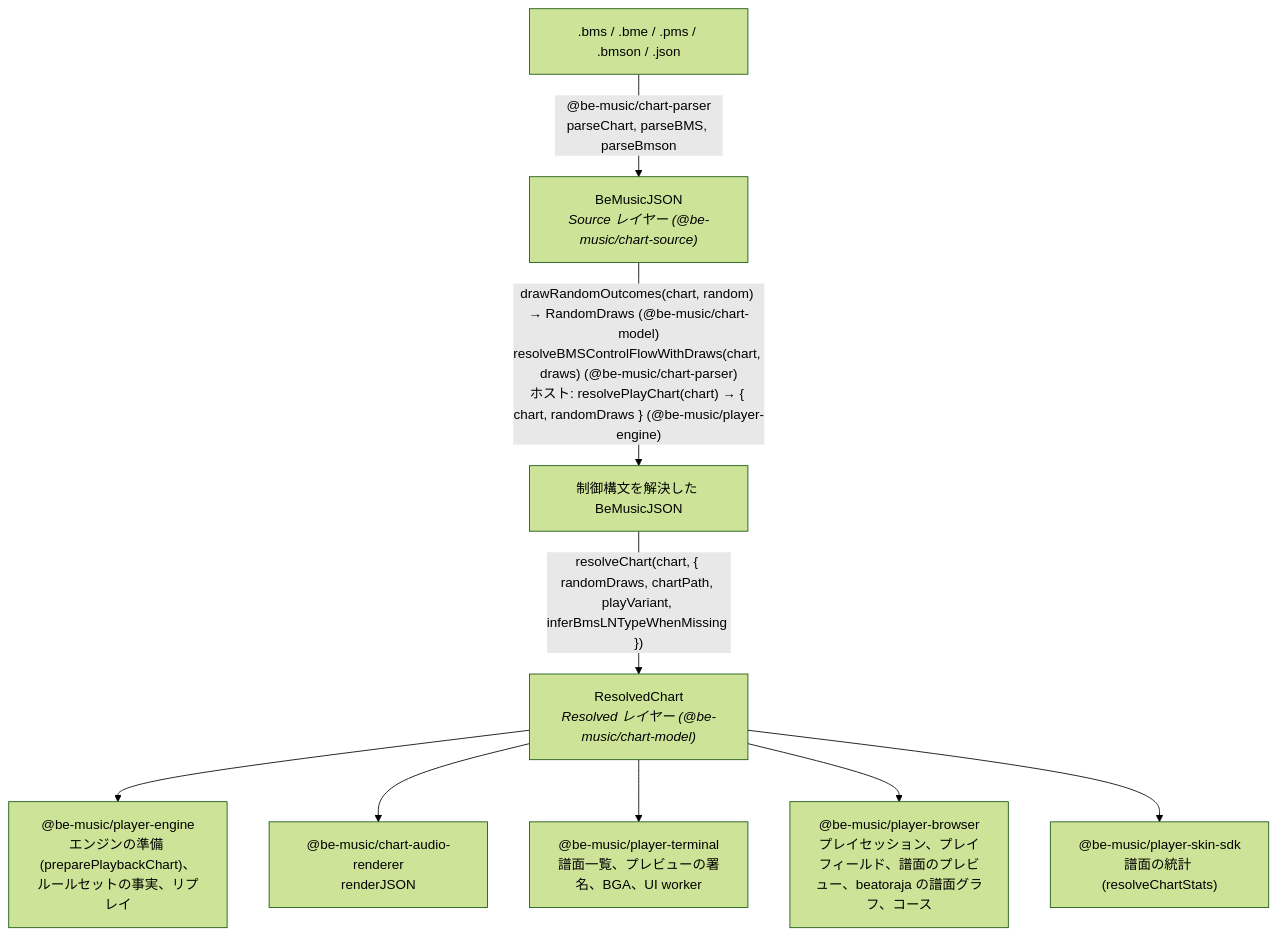
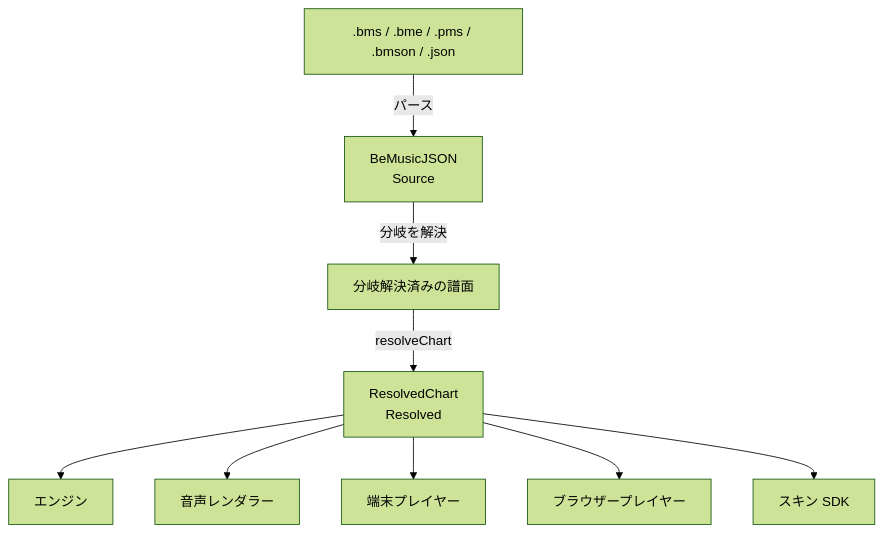
The first of 3 diagrams in docs/architecture.ja.md (nulltask/be-music), drawn with Mermaid (forest theme) before and after one commit. The commit also changed other lines of this file and 33 other files, not shown here.

````diff
--- a/docs/architecture.ja.md
+++ b/docs/architecture.ja.md
@@ -9,21 +9,21 @@
 ```mermaid
 flowchart TD
   files[".bms / .bme / .pms / .bmson / .json"]
-  source["BeMusicJSON<br/><i>Source レイヤー (@be-music/chart-source)</i>"]
-  flat["制御構文を解決した BeMusicJSON"]
-  resolved["ResolvedChart<br/><i>Resolved レイヤー (@be-music/chart-model)</i>"]
-  player["@be-music/player-engine<br/>エンジンの準備 (preparePlaybackChart)、ルールセットの事実、リプレイ"]
-  renderer["@be-music/chart-audio-renderer<br/>renderJSON"]
-  tui["@be-music/player-terminal<br/>譜面一覧、プレビューの署名、BGA、UI worker"]
-  web["@be-music/player-browser<br/>プレイセッション、プレイフィールド、譜面のプレビュー、beatoraja の譜面グラフ、コース"]
-  skin["@be-music/player-skin-sdk<br/>譜面の統計 (resolveChartStats)"]
+  source["BeMusicJSON<br/>Source"]
+  flat["分岐解決済みの譜面"]
+  resolved["ResolvedChart<br/>Resolved"]
+  player["エンジン"]
+  renderer["音声レンダラー"]
+  tui["端末プレイヤー"]
+  web["ブラウザープレイヤー"]
+  skin["スキン SDK"]
 
-  files -->|"@be-music/chart-parser<br/>parseChart, parseBMS, parseBmson"| source
-  source -->|"drawRandomOutcomes(chart, random) → RandomDraws (@be-music/chart-model)<br/>resolveBMSControlFlowWithDraws(chart, draws) (@be-music/chart-parser)<br/>ホスト: resolvePlayChart(chart) → { chart, randomDraws } (@be-music/player-engine)"| flat
-  flat -->|"resolveChart(chart, { randomDraws, chartPath, playVariant, inferBmsLNTypeWhenMissing })"| resolved
+  files -->|"パース"| source
+  source -->|"分岐を解決"| flat
+  flat -->|"resolveChart"| resolved
   resolved --> player
   resolved --> renderer
   resolved --> tui
   resolved --> web
   resolved --> skin
 ```
````
